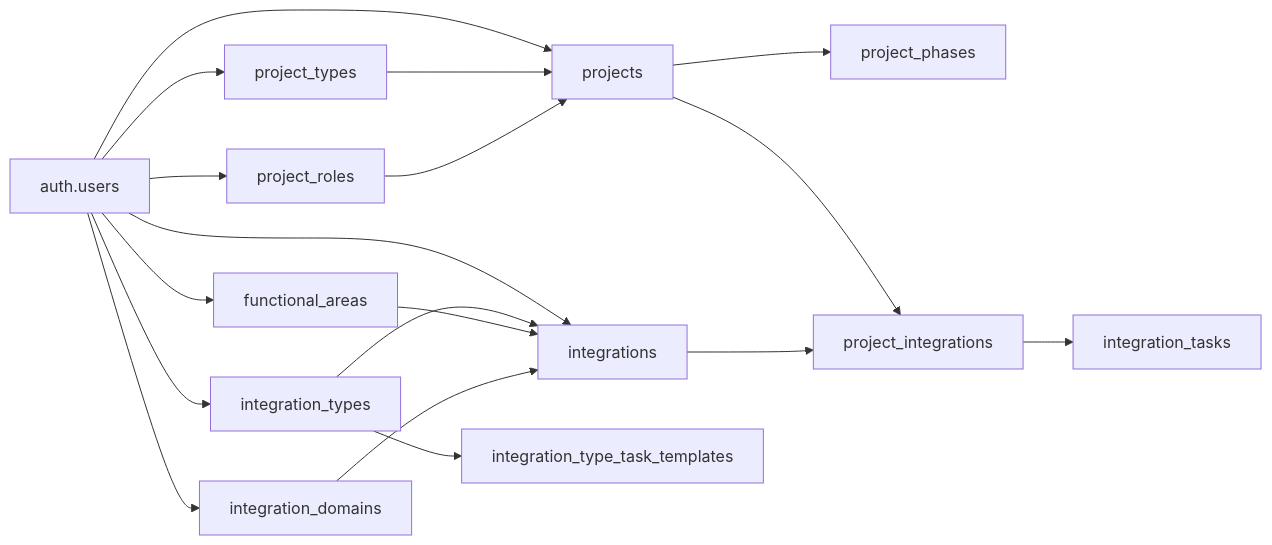
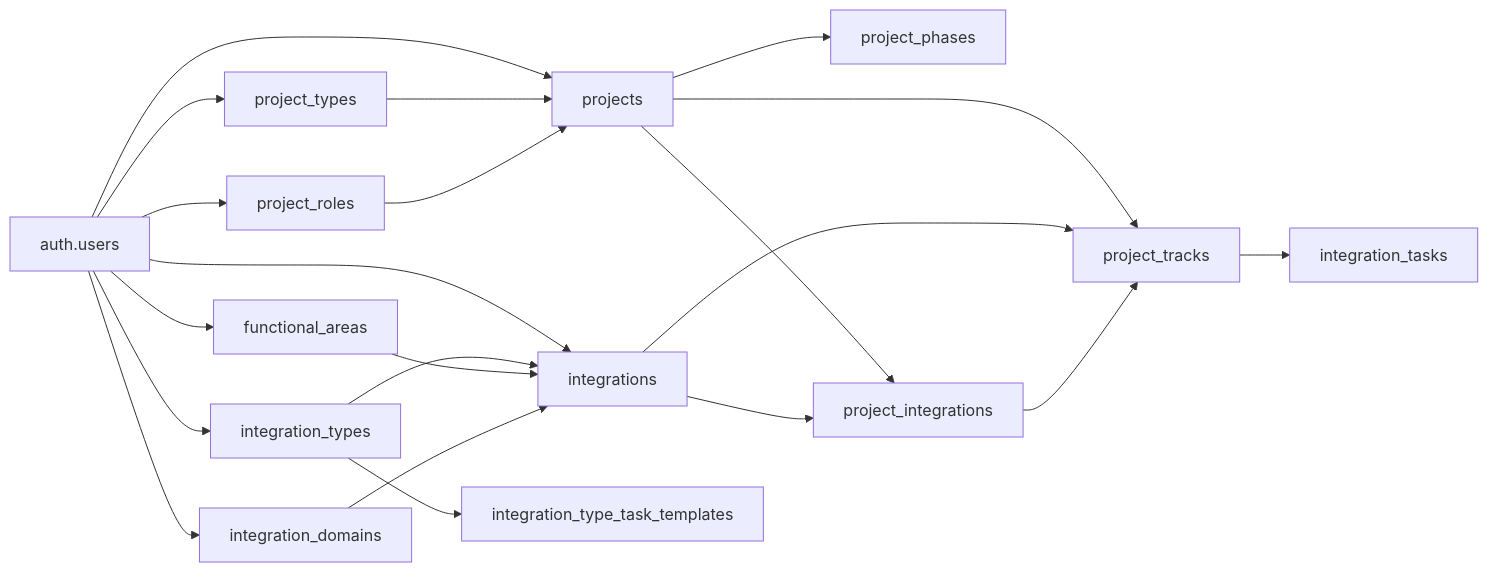
The diagram in docs/planning/05-domain-model.md (dereichardt/done-app), drawn with Mermaid before and after one commit. The commit also changed other lines of this file and 111 other files, not shown here.

First line of the commit message:
Build out project workspace flows and data model updates.

````diff
--- a/docs/planning/05-domain-model.md
+++ b/docs/planning/05-domain-model.md
@@ -133,33 +149,37 @@
 ```mermaid
 flowchart LR
   User[auth.users]
   PT[project_types]
   PR[project_roles]
   IT[integration_types]
   FA[functional_areas]
   IDom[integration_domains]
   P[projects]
   PP[project_phases]
   I[integrations]
   PI[project_integrations]
+  PTk[project_tracks]
   ITasks[integration_tasks]
   Tpl[integration_type_task_templates]
 
   User --> PT
   User --> PR
   User --> IT
   User --> FA
   User --> IDom
   User --> P
   User --> I
   P --> PP
   P --> PI
+  P --> PTk
   I --> PI
+  I --> PTk
   IT --> I
   FA --> I
   IDom --> I
-  PI --> ITasks
+  PI --> PTk
+  PTk --> ITasks
   IT --> Tpl
   PT --> P
   PR --> P
 ```
````
